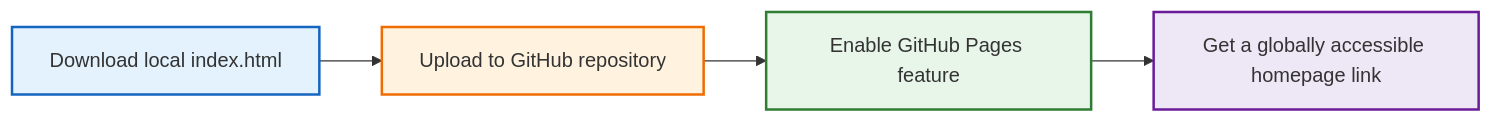
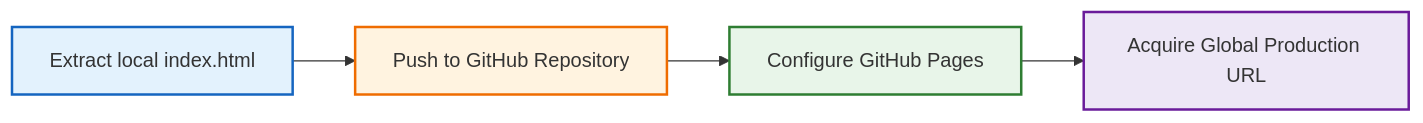
The first of 2 diagrams in i18n/en/docusaurus-plugin-content-docs/current/github_pages.md (ruanqizhen/cocode), drawn with Mermaid before and after one commit. The commit also changed other lines of this file and 41 other files, not shown here.

````diff
--- a/i18n/en/docusaurus-plugin-content-docs/current/github_pages.md
+++ b/i18n/en/docusaurus-plugin-content-docs/current/github_pages.md
@@ -126,12 +119,11 @@
 ```mermaid
 flowchart LR
-    A[Download local index.html] --> B[Upload to GitHub repository]
-    B --> C[Enable GitHub Pages feature]
-    C --> D[Get a globally accessible homepage link]
+    A[Extract local index.html] --> B[Push to GitHub Repository]
+    B --> C[Configure GitHub Pages]
+    C --> D[Acquire Global Production URL]
 
     style A fill:#e3f2fd,stroke:#1565c0,stroke-width:2px
     style B fill:#fff3e0,stroke:#ef6c00,stroke-width:2px
     style C fill:#e8f5e9,stroke:#2e7d32,stroke-width:2px
     style D fill:#ede7f6,stroke:#6a1b9a,stroke-width:2px
-
 ```
````
